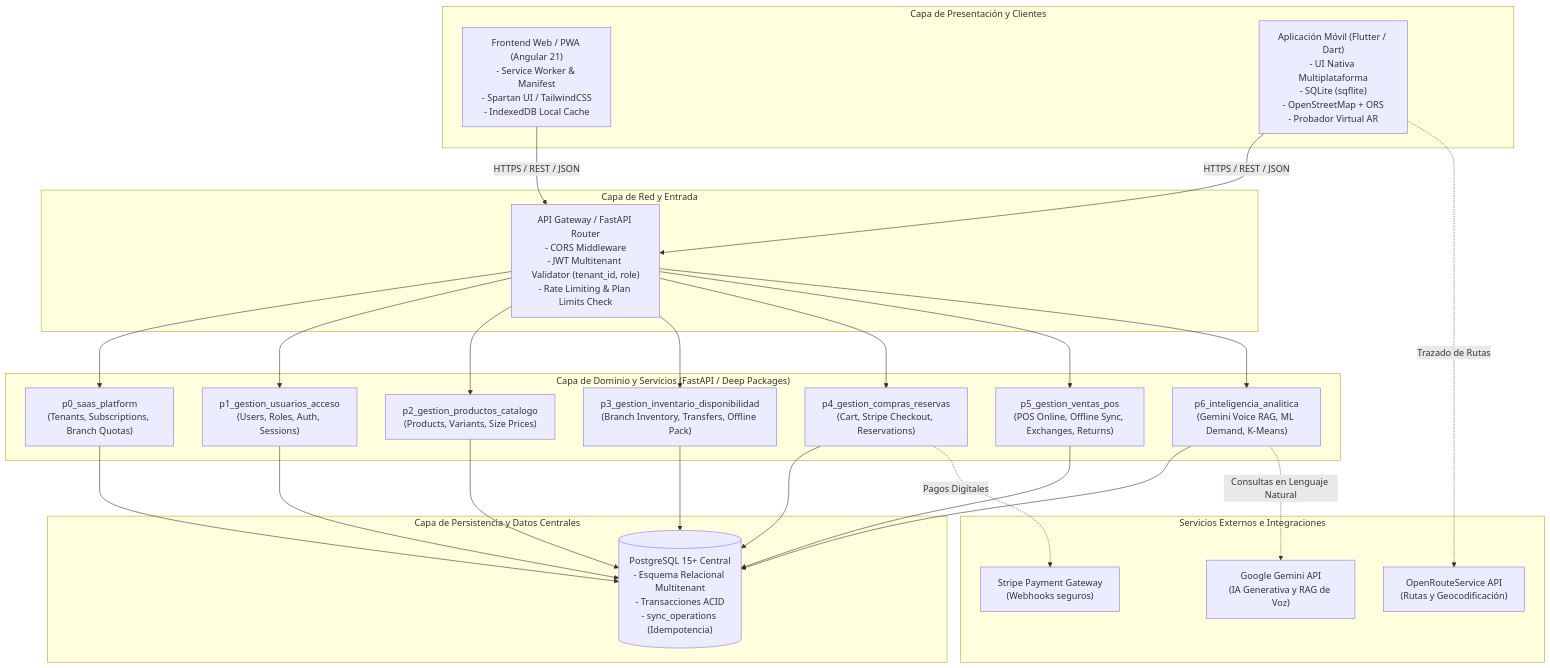
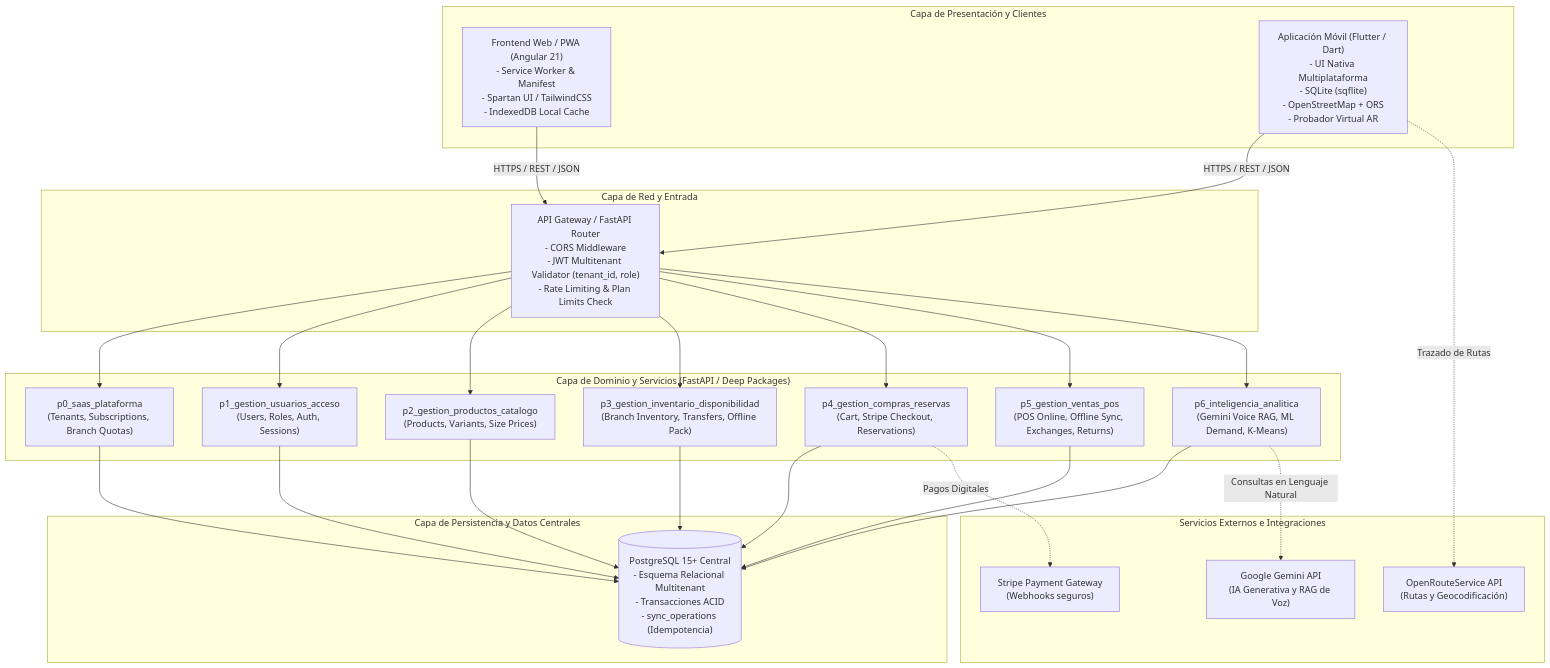
Before and after one commit to Miguelrenearana/ecommerce-SI2: the first of 2 diagrams in docs/ARCHITECTURE.md, drawn with Mermaid. The commit also changed other lines of this file and 8 other files, not shown here.

Commit message:
docs: update architectural handoff and iconix sessions for cu01

````diff
--- a/docs/ARCHITECTURE.md
+++ b/docs/ARCHITECTURE.md
@@ -19,54 +19,54 @@
 ```mermaid
 flowchart TB
     subgraph Clientes["Capa de Presentación y Clientes"]
         PWA["Frontend Web / PWA (Angular 21)\n- Service Worker & Manifest\n- Spartan UI / TailwindCSS\n- IndexedDB Local Cache"]
         MOB["Aplicación Móvil (Flutter / Dart)\n- UI Nativa Multiplataforma\n- SQLite (sqflite)\n- OpenStreetMap + ORS\n- Probador Virtual AR"]
     end
 
     subgraph Gateway["Capa de Red y Entrada"]
         NGRX["API Gateway / FastAPI Router\n- CORS Middleware\n- JWT Multitenant Validator (tenant_id, role)\n- Rate Limiting & Plan Limits Check"]
     end
 
     subgraph Dominio_Backend["Capa de Dominio y Servicios (FastAPI / Deep Packages)"]
-        P0["p0_saas_platform\n(Tenants, Subscriptions, Branch Quotas)"]
+        P0["p0_saas_plataforma\n(Tenants, Subscriptions, Branch Quotas)"]
         P1["p1_gestion_usuarios_acceso\n(Users, Roles, Auth, Sessions)"]
         P2["p2_gestion_productos_catalogo\n(Products, Variants, Size Prices)"]
         P3["p3_gestion_inventario_disponibilidad\n(Branch Inventory, Transfers, Offline Pack)"]
         P4["p4_gestion_compras_reservas\n(Cart, Stripe Checkout, Reservations)"]
         P5["p5_gestion_ventas_pos\n(POS Online, Offline Sync, Exchanges, Returns)"]
         P6["p6_inteligencia_analitica\n(Gemini Voice RAG, ML Demand, K-Means)"]
     end
 
     subgraph Persistencia["Capa de Persistencia y Datos Centrales"]
         PG[("PostgreSQL 15+ Central\n- Esquema Relacional Multitenant\n- Transacciones ACID\n- sync_operations (Idempotencia)")]
     end
 
     subgraph Externos["Servicios Externos e Integraciones"]
         STRIPE["Stripe Payment Gateway\n(Webhooks seguros)"]
         ORS["OpenRouteService API\n(Rutas y Geocodificación)"]
         GEMINI["Google Gemini API\n(IA Generativa y RAG de Voz)"]
     end
 
     PWA -->|HTTPS / REST / JSON| NGRX
     MOB -->|HTTPS / REST / JSON| NGRX
 
     NGRX --> P0
     NGRX --> P1
     NGRX --> P2
     NGRX --> P3
     NGRX --> P4
     NGRX --> P5
     NGRX --> P6
 
     P0 --> PG
     P1 --> PG
     P2 --> PG
     P3 --> PG
     P4 --> PG
     P5 --> PG
     P6 --> PG
 
     P4 -.->|Pagos Digitales| STRIPE
     MOB -.->|Trazado de Rutas| ORS
     P6 -.->|Consultas en Lenguaje Natural| GEMINI
 ```
````
